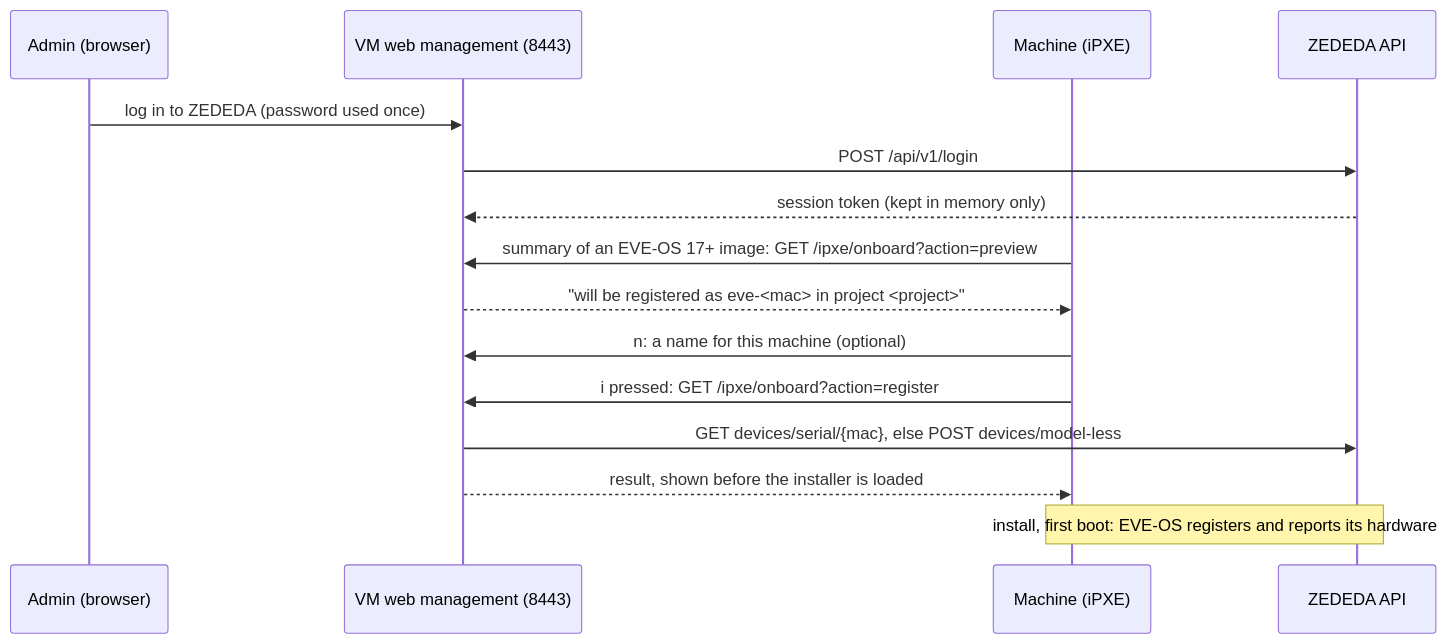
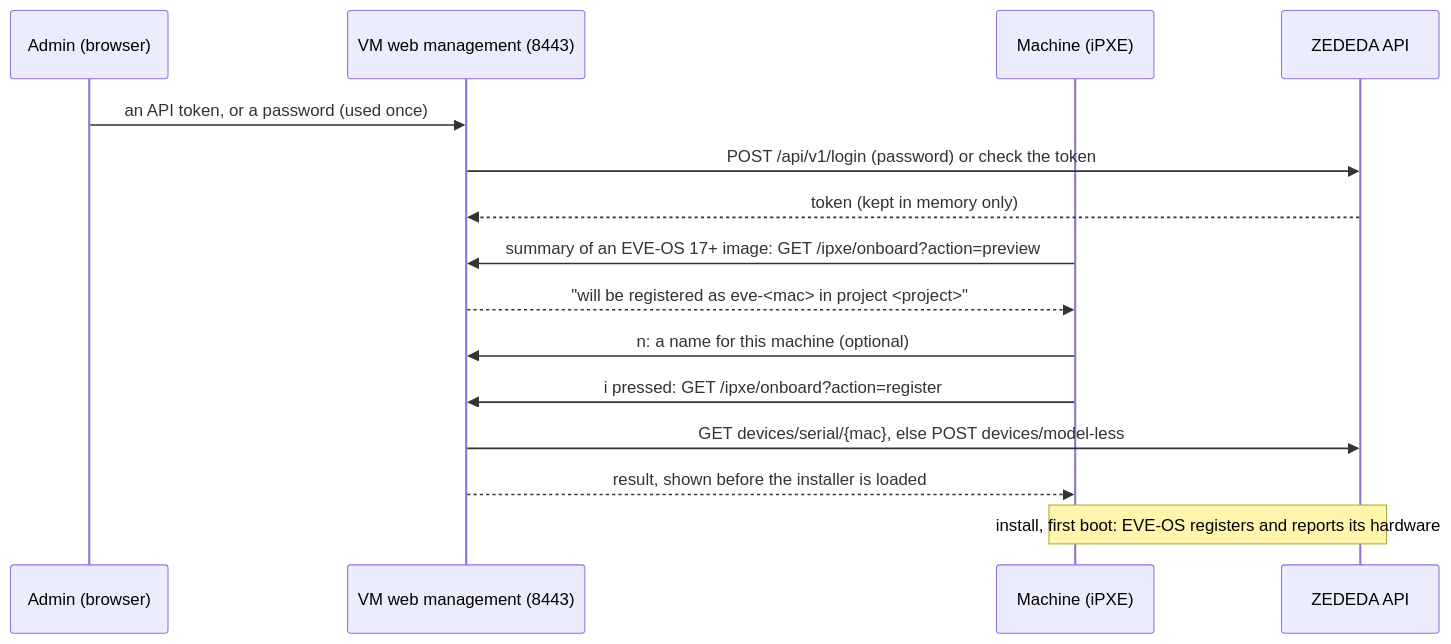
Before and after one commit to michiel-zededa/eve-netboot-installer: the diagram in docs/design/zededa-onboarding.md, drawn with Mermaid. The commit also changed other lines of this file and 18 other files, not shown here.

First line of the commit message:
fix(vm): an API token needs no ZEDEDA user or enterprise

````diff
--- a/docs/design/zededa-onboarding.md
+++ b/docs/design/zededa-onboarding.md
@@ -92,17 +92,17 @@
 ```mermaid
 sequenceDiagram
     participant A as Admin (browser)
     participant W as VM web management (8443)
     participant M as Machine (iPXE)
     participant Z as ZEDEDA API
-    A->>W: log in to ZEDEDA (password used once)
-    W->>Z: POST /api/v1/login
-    Z-->>W: session token (kept in memory only)
+    A->>W: an API token, or a password (used once)
+    W->>Z: POST /api/v1/login (password) or check the token
+    Z-->>W: token (kept in memory only)
     M->>W: summary of an EVE-OS 17+ image: GET /ipxe/onboard?action=preview
     W-->>M: "will be registered as eve-<mac> in project <project>"
     M->>W: n: a name for this machine (optional)
     M->>W: i pressed: GET /ipxe/onboard?action=register
     W->>Z: GET devices/serial/{mac}, else POST devices/model-less
     W-->>M: result, shown before the installer is loaded
     Note over M,Z: install, first boot: EVE-OS registers and reports its hardware
 ```
````
